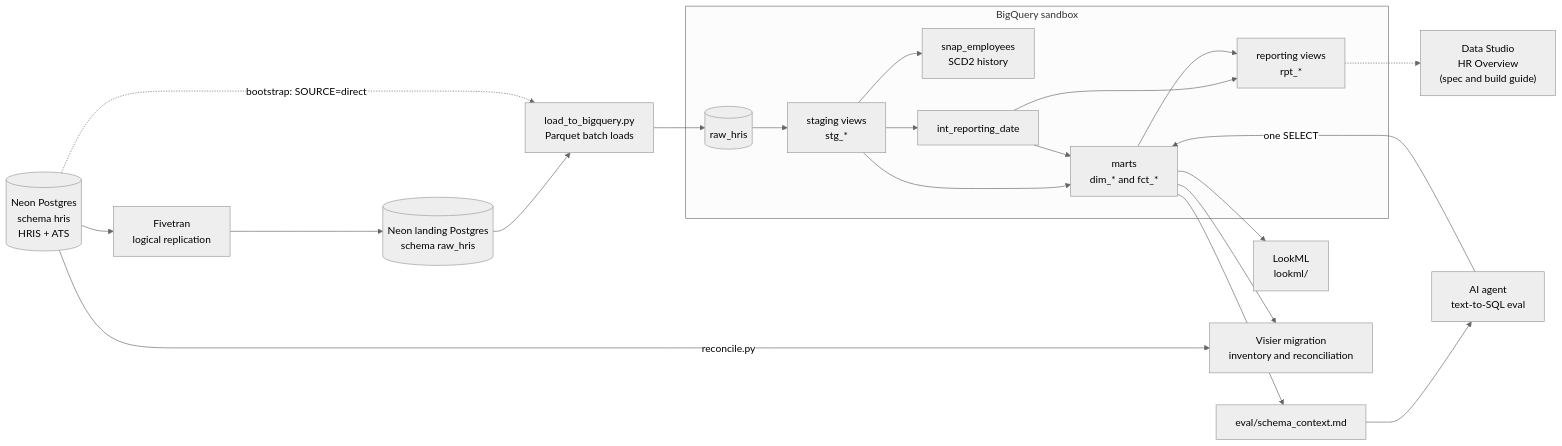
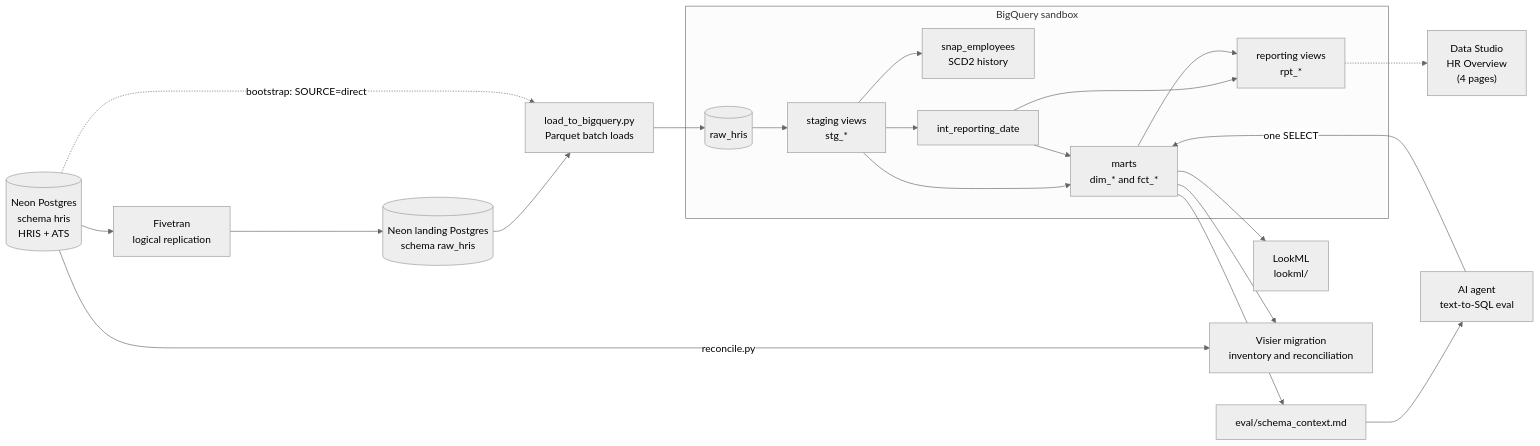
Before and after one commit to ayush-ranjan-official/people-analytics-warehouse: the diagram in docs/architecture.md, drawn with Mermaid (neutral theme). The commit also changed other lines of this file and 9 other files, not shown here.

First line of the commit message:
Build the Data Studio HR Overview and document it as built

````diff
--- a/docs/architecture.md
+++ b/docs/architecture.md
@@ -9,31 +9,31 @@
 ```mermaid
 flowchart LR
     src[("Neon Postgres<br/>schema hris<br/>HRIS + ATS")]
     fivetran["Fivetran<br/>logical replication"]
     landing[("Neon landing Postgres<br/>schema raw_hris")]
     loader["load_to_bigquery.py<br/>Parquet batch loads"]
     subgraph bq ["BigQuery sandbox"]
         raw[("raw_hris")]
         stg["staging views<br/>stg_*"]
         snap["snap_employees<br/>SCD2 history"]
         rdate["int_reporting_date"]
         marts["marts<br/>dim_* and fct_*"]
         rpt["reporting views<br/>rpt_*"]
     end
     lookml["LookML<br/>lookml/"]
-    studio["Data Studio<br/>HR Overview<br/>(spec and build guide)"]
+    studio["Data Studio<br/>HR Overview<br/>(4 pages)"]
     ctx["eval/schema_context.md"]
     agent["AI agent<br/>text-to-SQL eval"]
     visier["Visier migration<br/>inventory and reconciliation"]
     src --> fivetran --> landing --> loader
     src -.->|"bootstrap: SOURCE=direct"| loader
     loader --> raw
     raw --> stg --> marts & snap & rdate
     rdate --> marts & rpt
     marts --> rpt
     rpt -.-> studio
     marts --> ctx --> agent
     agent -- "one SELECT" --> marts
     marts --> lookml & visier
     src -- "reconcile.py" --> visier
 ```
````
